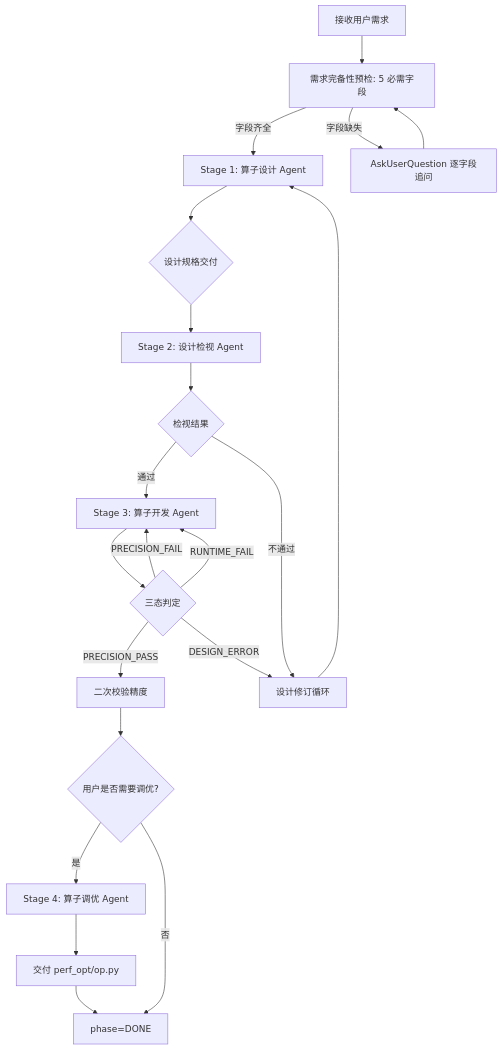
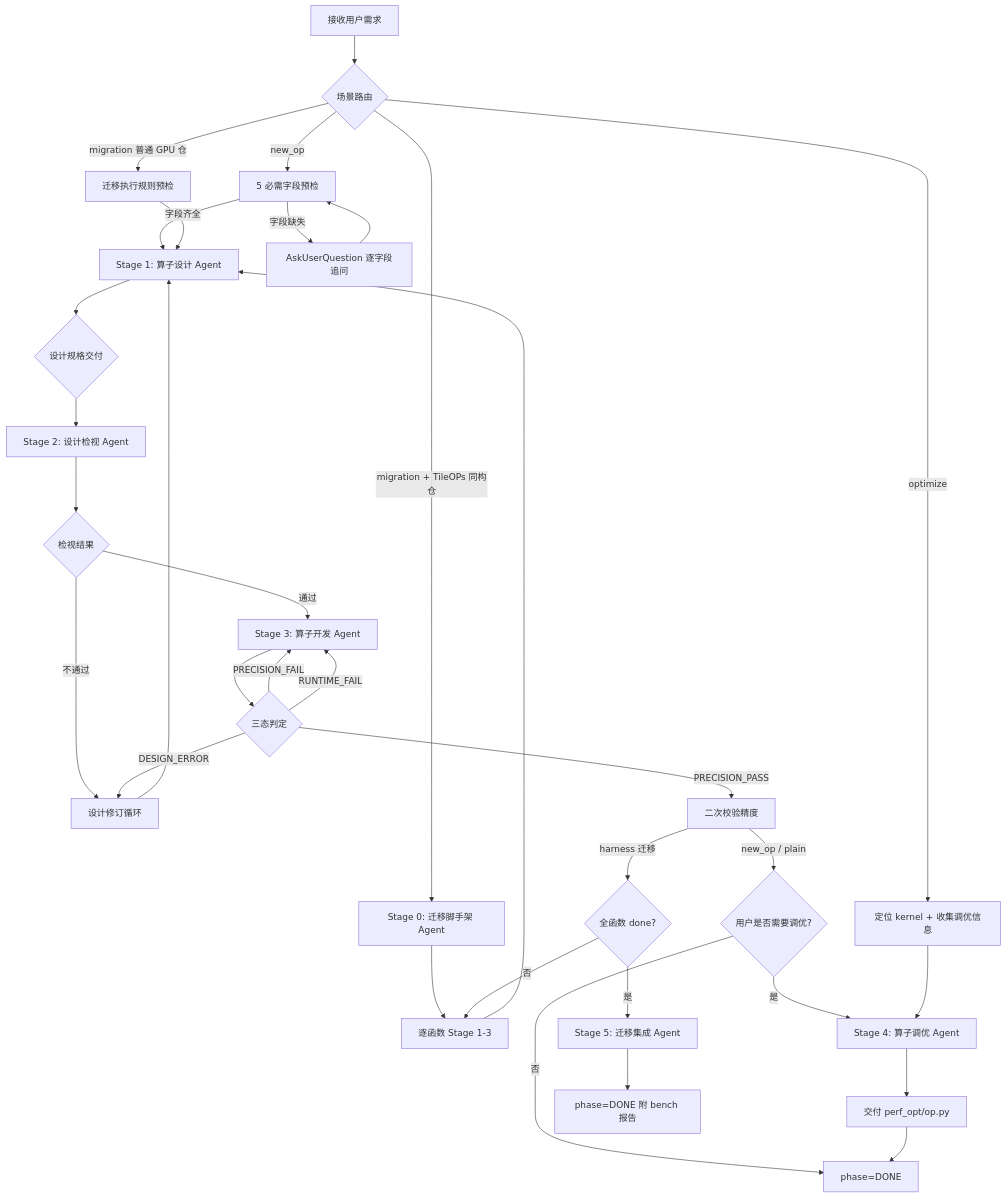
Before and after one commit to dazuozcy/tilelang-mlir-ascend: the diagram in .opencode/agents/README.md, drawn with Mermaid. The commit also changed other lines of this file and 8 other files, not shown here.

````diff
--- a/.opencode/agents/README.md
+++ b/.opencode/agents/README.md
@@ -108,23 +131,35 @@
 ```mermaid
 graph TD
-    A[接收用户需求] --> B[需求完备性预检: 5 必需字段]
-    B -->|字段齐全| C[Stage 1: 算子设计 Agent]
-    B -->|字段缺失| Q[AskUserQuestion 逐字段追问]
-    Q --> B
+    A[接收用户需求] --> SR{场景路由}
+    SR -->|new_op| P[5 必需字段预检]
+    SR -->|migration + TileOPs 同构仓| S0[Stage 0: 迁移脚手架 Agent]
+    SR -->|migration 普通 GPU 仓| P2[迁移执行规则预检]
+    SR -->|optimize| O[定位 kernel + 收集调优信息]
+    S0 --> ML[逐函数 Stage 1-3]
+    P -->|字段齐全| C[Stage 1: 算子设计 Agent]
+    P -->|字段缺失| Q[AskUserQuestion 逐字段追问]
+    Q --> P
+    P2 --> C
+    ML --> C
     C --> D{设计规格交付}
     D --> E[Stage 2: 设计检视 Agent]
     E --> F{检视结果}
     F -->|通过| G[Stage 3: 算子开发 Agent]
     F -->|不通过| R[设计修订循环]
     R --> C
     G --> H{三态判定}
     H -->|PRECISION_PASS| I[二次校验精度]
     H -->|PRECISION_FAIL| G
     H -->|DESIGN_ERROR| R
     H -->|RUNTIME_FAIL| G
-    I --> J{用户是否需要调优?}
+    I -->|harness 迁移| S5{全函数 done?}
+    S5 -->|是| T[Stage 5: 迁移集成 Agent]
+    S5 -->|否| ML
+    I -->|new_op / plain| J{用户是否需要调优?}
     J -->|是| K[Stage 4: 算子调优 Agent]
     J -->|否| L[phase=DONE]
     K --> M[交付 perf_opt/op.py]
     M --> L
+    O --> K
+    T --> N[phase=DONE 附 bench 报告]
 ```
````
